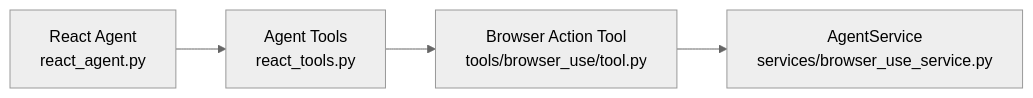
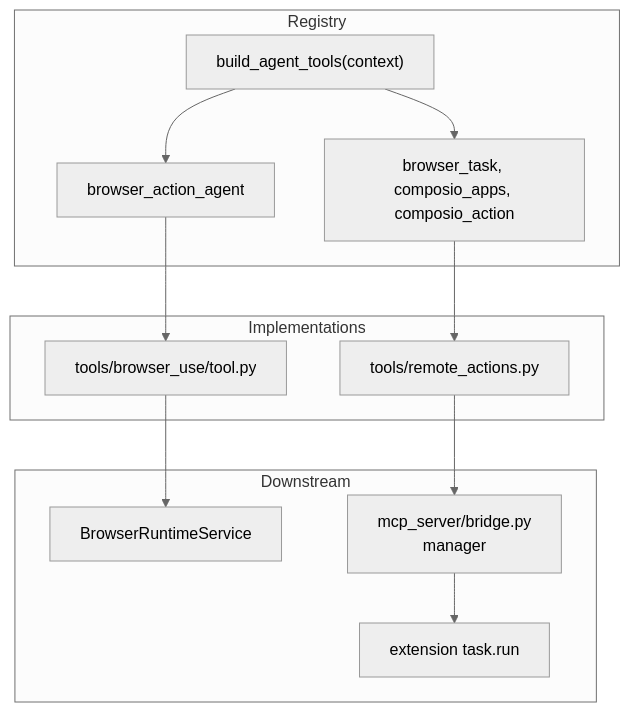
One commit to tashifkhan/tashif.codes changed the first of 5 diagrams in src/data/docs/agentic-browser/Tool System/Browser Automation Tools.md. Above: the diagram before and after it, drawn with Mermaid (neutral theme). The commit also changed other lines of this file and 114 other files, not shown here.

````diff
--- a/src/data/docs/agentic-browser/Tool System/Browser Automation Tools.md
+++ b/src/data/docs/agentic-browser/Tool System/Browser Automation Tools.md
@@ -206,6 +19,24 @@
 ```mermaid
-graph LR
-RA["React Agent<br/>react_agent.py"] --> RT["Agent Tools<br/>react_tools.py"]
-RT --> BA["Browser Action Tool<br/>tools/browser_use/tool.py"]
-BA --> SVC["AgentService<br/>services/browser_use_service.py"]
+graph TB
+  subgraph Registry
+    Build["build_agent_tools(context)"]
+    Browser["browser_action_agent"]
+    Remote["browser_task, composio_apps, composio_action"]
+  end
+  subgraph Implementations
+    Tool["tools/browser_use/tool.py"]
+    Actions["tools/remote_actions.py"]
+  end
+  subgraph Downstream
+    Svc["BrowserRuntimeService"]
+    Bridge["mcp_server/bridge.py<br/>manager"]
+    Ext["extension task.run"]
+  end
+  Build --> Browser
+  Build --> Remote
+  Browser --> Tool
+  Remote --> Actions
+  Tool --> Svc
+  Actions --> Bridge
+  Bridge --> Ext
 ```
````
